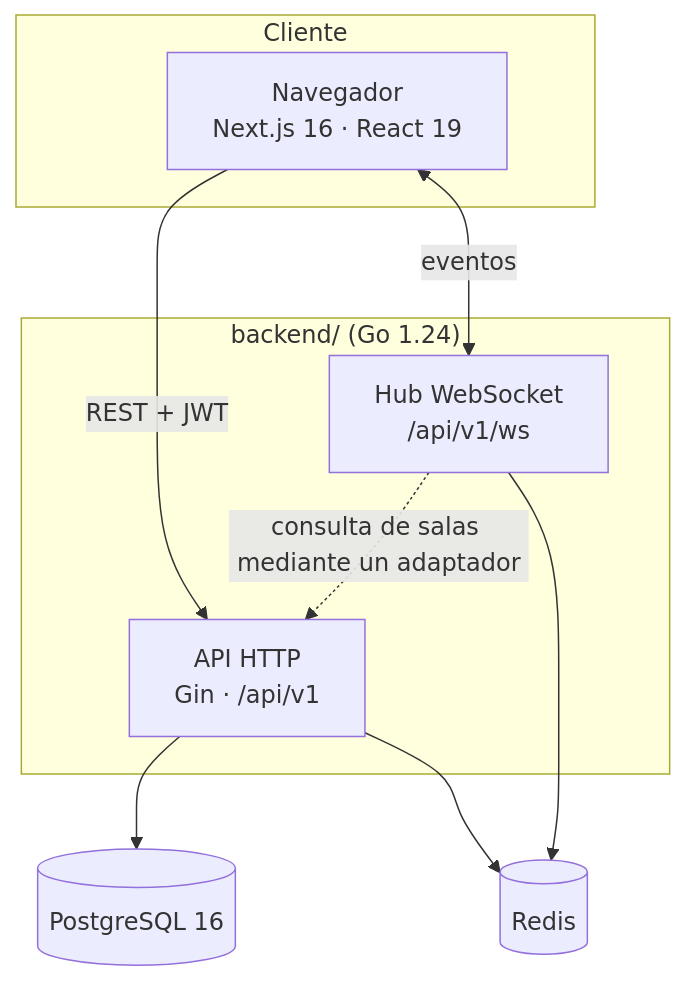
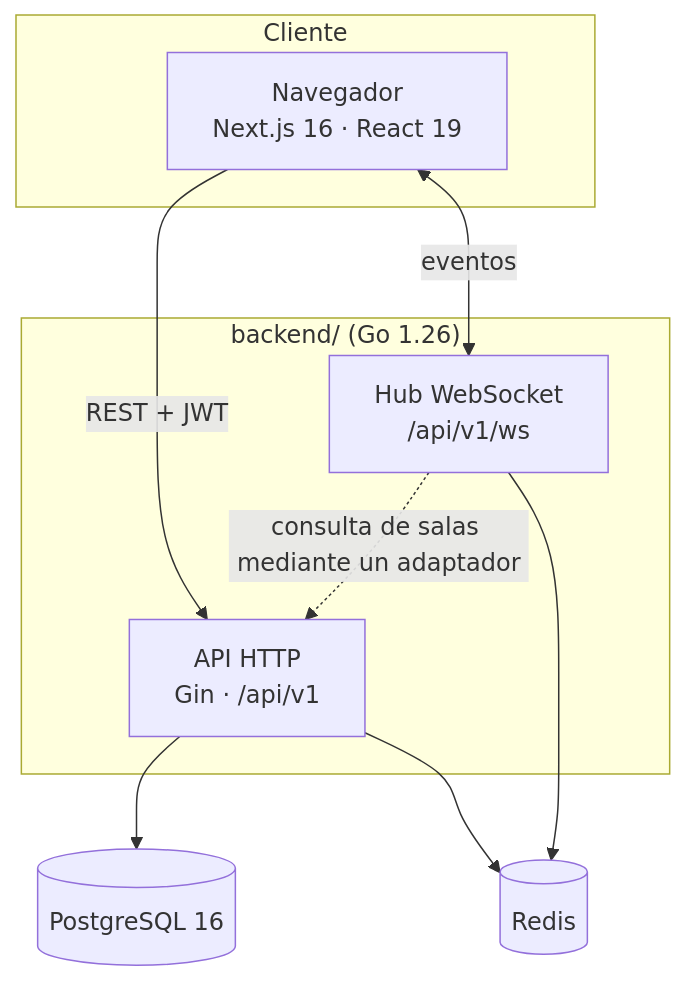
The first of 6 diagrams in docs/es/architecture.md (TonyGLL/webchat), drawn with Mermaid before and after one commit. The commit also changed 25 other files, not shown here.

````diff
--- a/docs/es/architecture.md
+++ b/docs/es/architecture.md
@@ -9,18 +9,18 @@
 ```mermaid
 flowchart TB
     subgraph Cliente
         B[Navegador<br/>Next.js 16 · React 19]
     end
-    subgraph Server["backend/ (Go 1.24)"]
+    subgraph Server["backend/ (Go 1.26)"]
         H[API HTTP<br/>Gin · /api/v1]
         W[Hub WebSocket<br/>/api/v1/ws]
     end
     PG[(PostgreSQL 16)]
     R[(Redis)]
     B -- "REST + JWT" --> H
     B <-- "eventos" --> W
     H --> PG
     H --> R
     W --> R
     W -. "consulta de salas mediante un adaptador" .-> H
 ```
````
